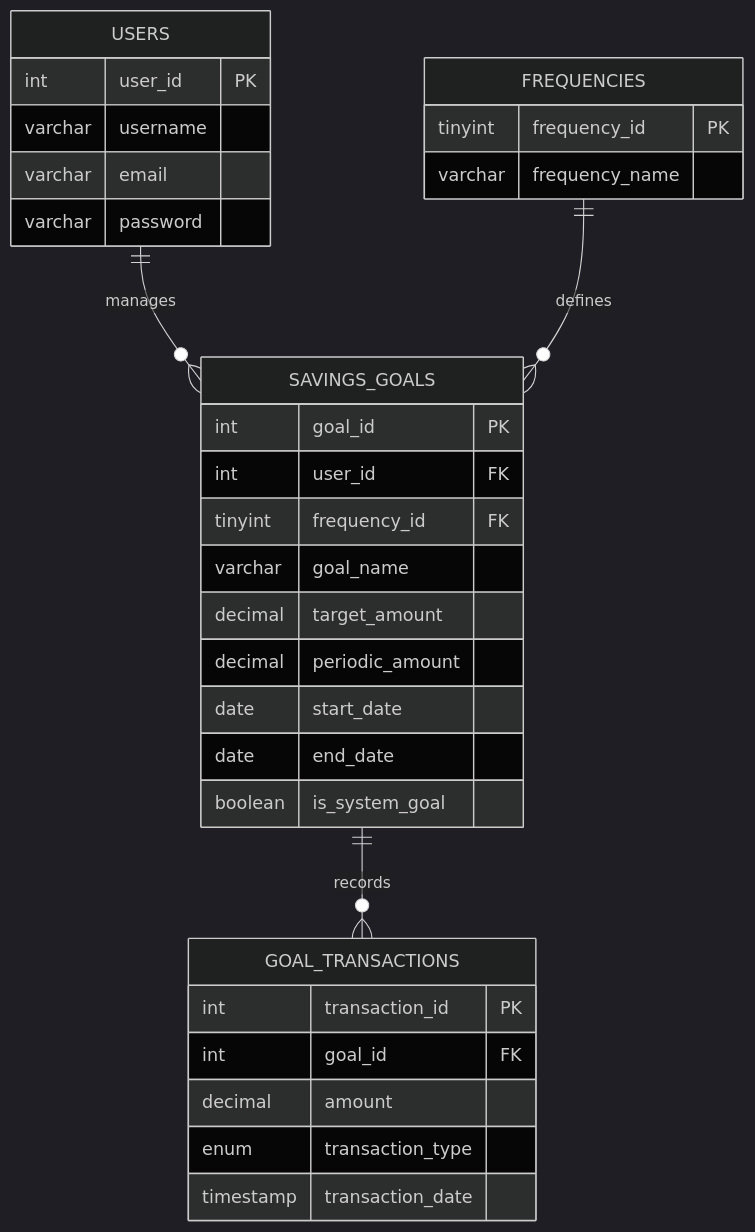
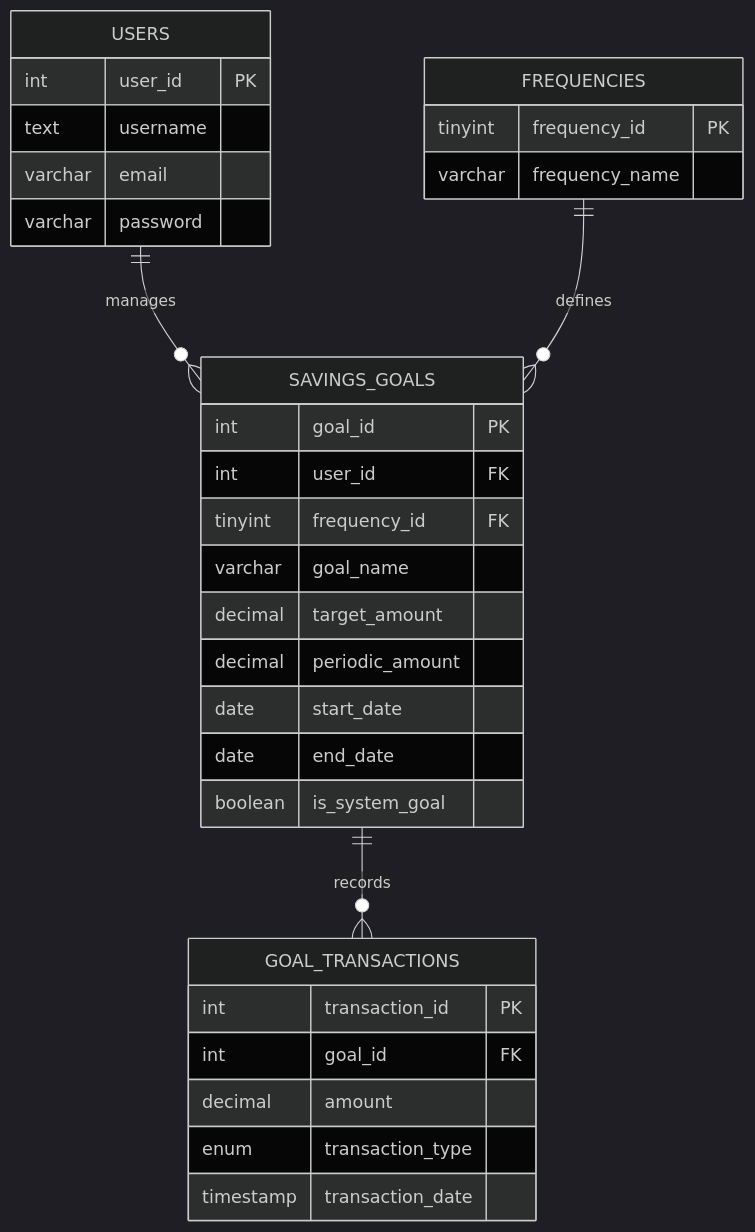
The diagram in docs/erd_diagram.md (HernandezRosasSergio0309/savings-app-pro), drawn with Mermaid (dark theme) before and after one commit.

Commit message:
Change username field type from varchar to text

```diff
--- a/docs/erd_diagram.md
+++ b/docs/erd_diagram.md
@@ -1,38 +1,38 @@
 ~~~mermaid
 erDiagram
     USERS ||--o{ SAVINGS_GOALS : "manages"
     FREQUENCIES ||--o{ SAVINGS_GOALS : "defines"
     SAVINGS_GOALS ||--o{ GOAL_TRANSACTIONS : "records"
 
     USERS {
         int user_id PK
-        varchar username
+        text username
         varchar email
         varchar password
     }
 
     FREQUENCIES {
         tinyint frequency_id PK
         varchar frequency_name
     }
 
     SAVINGS_GOALS {
         int goal_id PK
         int user_id FK
         tinyint frequency_id FK
         varchar goal_name
         decimal target_amount
         decimal periodic_amount
         date start_date
         date end_date
         boolean is_system_goal
     }
 
     GOAL_TRANSACTIONS {
         int transaction_id PK
         int goal_id FK
         decimal amount
         enum transaction_type
         timestamp transaction_date
     }
 ~~~
```
